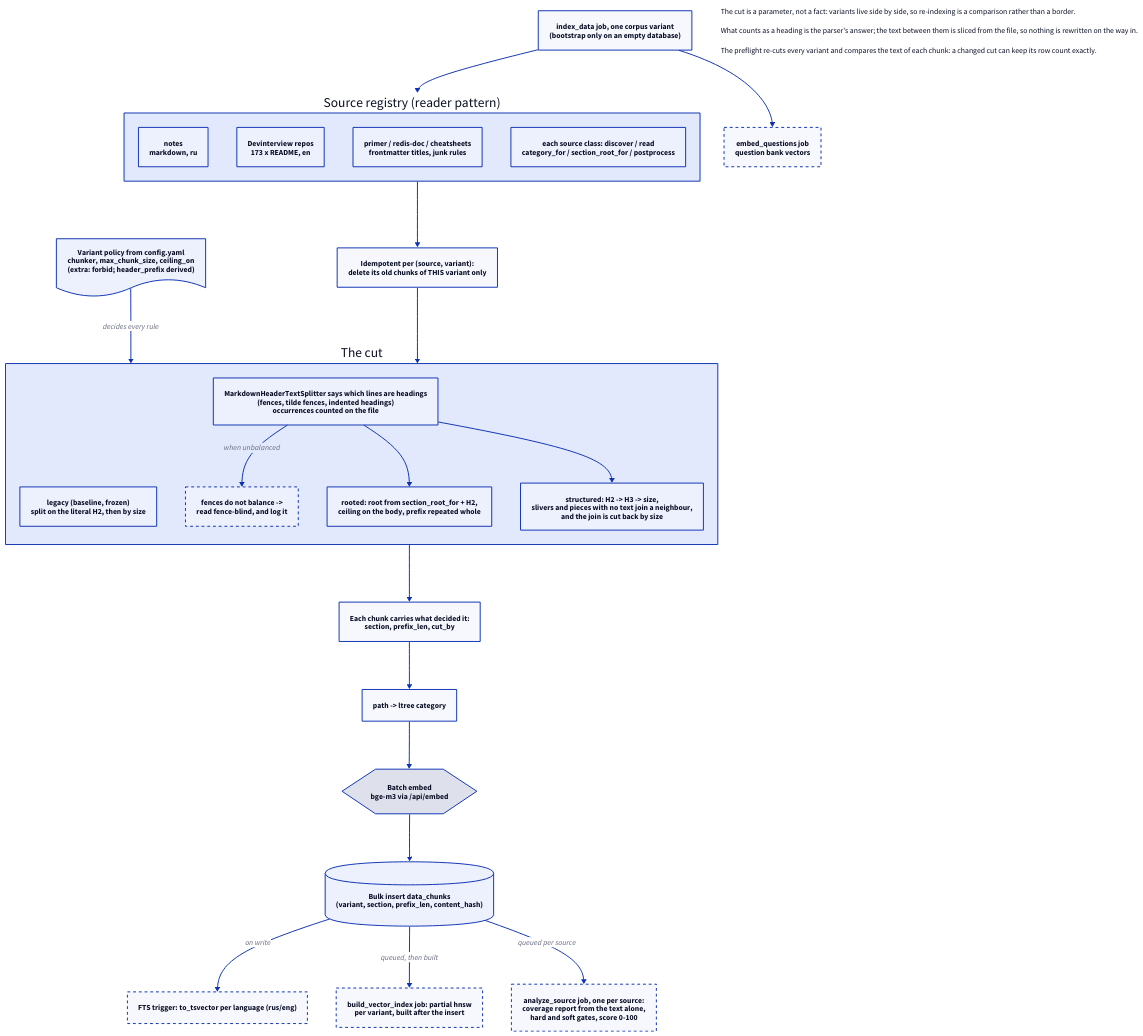
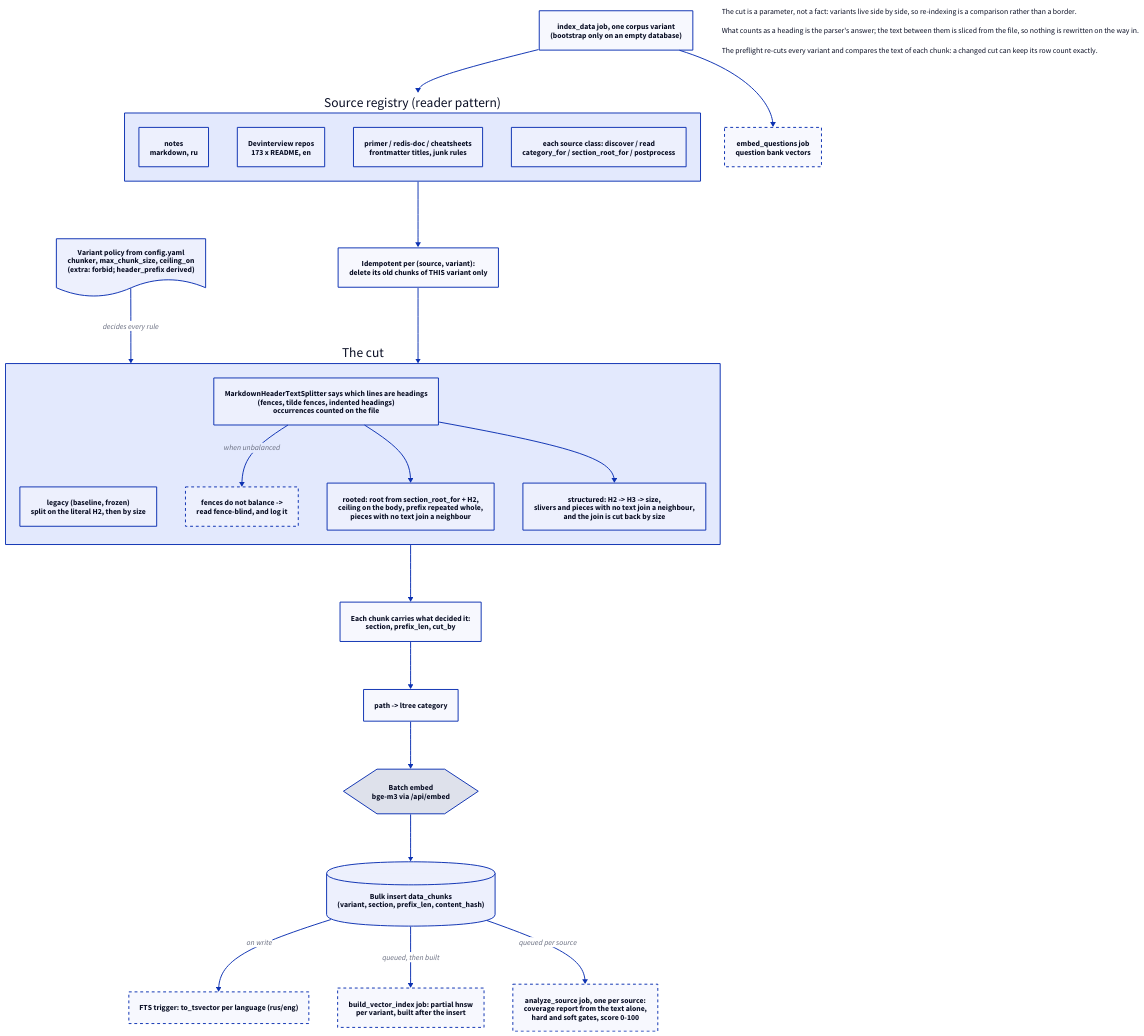
Before and after one commit to rikitikitav1/rag-lab: the diagram in docs/diagrams/ingestion.d2, drawn with D2. The commit also changed 8 other files, not shown here.

```diff
--- a/docs/diagrams/ingestion.d2
+++ b/docs/diagrams/ingestion.d2
@@ -1,79 +1,79 @@
 direction: down
 
 trigger: "index_data job, one corpus variant\n(bootstrap only on an empty database)"
 
 sources: Source registry (reader pattern) {
   direction: right
   notes: notes\nmarkdown, ru
   interview: Devinterview repos\n173 x README, en
   docs: primer / redis-doc / cheatsheets\nfrontmatter titles, junk rules
   hooks: "each source class: discover / read\ncategory_for / section_root_for / postprocess"
 }
 
 policy: "Variant policy from config.yaml\nchunker, max_chunk_size, ceiling_on\n(extra: forbid; header_prefix derived)" {
   shape: document
 }
 
 idem: "Idempotent per (source, variant):\ndelete its old chunks of THIS variant only"
 
 cut: The cut {
   direction: down
   legacy: "legacy (baseline, frozen)\nsplit on the literal H2, then by size"
   marks: "MarkdownHeaderTextSplitter says which lines are headings\n(fences, tilde fences, indented headings)\noccurrences counted on the file"
   fallback: "fences do not balance ->\nread fence-blind, and log it" {
     style.stroke-dash: 3
   }
-  rooted: "rooted: root from section_root_for + H2,\nceiling on the body, prefix repeated whole"
+  rooted: "rooted: root from section_root_for + H2,\nceiling on the body, prefix repeated whole,\npieces with no text join a neighbour"
   structured: "structured: H2 -> H3 -> size,\nslivers and pieces with no text join a neighbour,\nand the join is cut back by size"
   marks -> fallback: when unbalanced
   marks -> rooted
   marks -> structured
 }
 
 record: "Each chunk carries what decided it:\nsection, prefix_len, cut_by"
 
 cat: "path -> ltree category"
 embed: Batch embed\nbge-m3 via /api/embed {
   shape: hexagon
 }
 insert: "Bulk insert data_chunks\n(variant, section, prefix_len, content_hash)" {
   shape: cylinder
 }
 
 idx: "build_vector_index job: partial hnsw\nper variant, built after the insert" {
   style.stroke-dash: 3
 }
 tsv: "FTS trigger: to_tsvector per language (rus/eng)" {
   style.stroke-dash: 3
 }
 
 quality: "analyze_source job, one per source:\ncoverage report from the text alone,\nhard and soft gates, score 0-100" {
   style.stroke-dash: 3
 }
 
 questions: embed_questions job\nquestion bank vectors {
   style.stroke-dash: 3
 }
 
 trigger -> sources
 policy -> cut: decides every rule
 sources -> idem -> cut -> record -> cat -> embed -> insert
 insert -> tsv: on write
 insert -> idx: queued, then built
 insert -> quality: queued per source
 trigger -> questions
 
 note: |md
   The cut is a parameter, not a fact: variants
   live side by side, so re-indexing is a
   comparison rather than a border.
 
   What counts as a heading is the parser's
   answer; the text between them is sliced from
   the file, so nothing is rewritten on the way
   in.
 
   The preflight re-cuts every variant and
   compares the text of each chunk: a changed cut
   can keep its row count exactly.
 |
```
